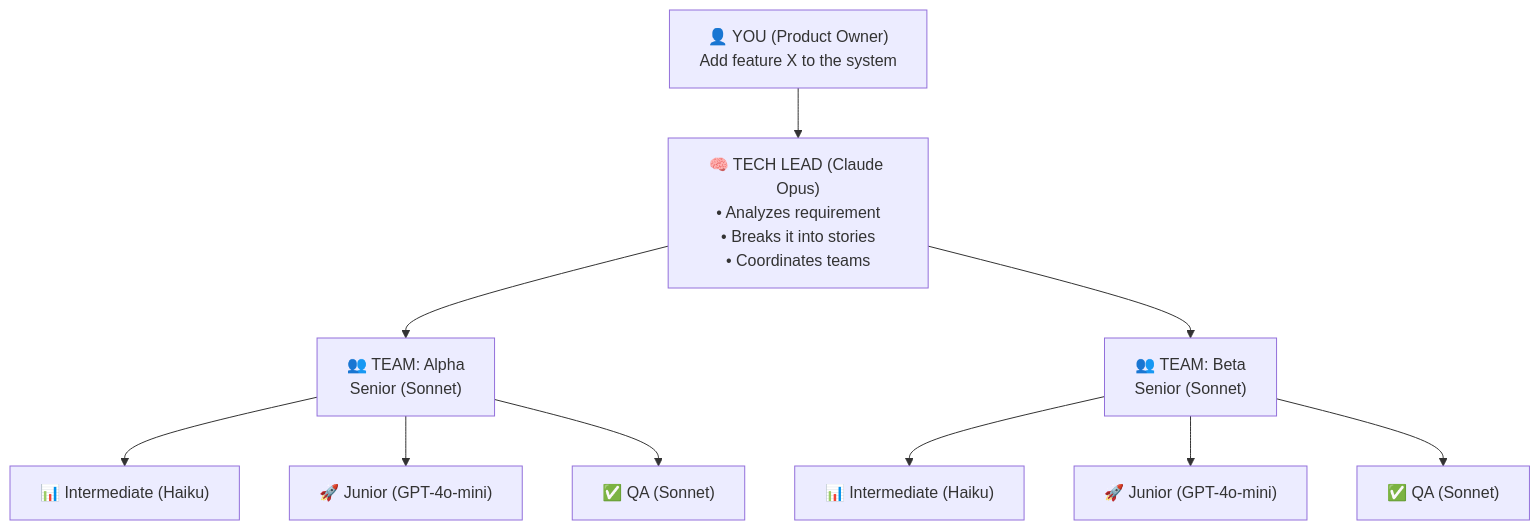
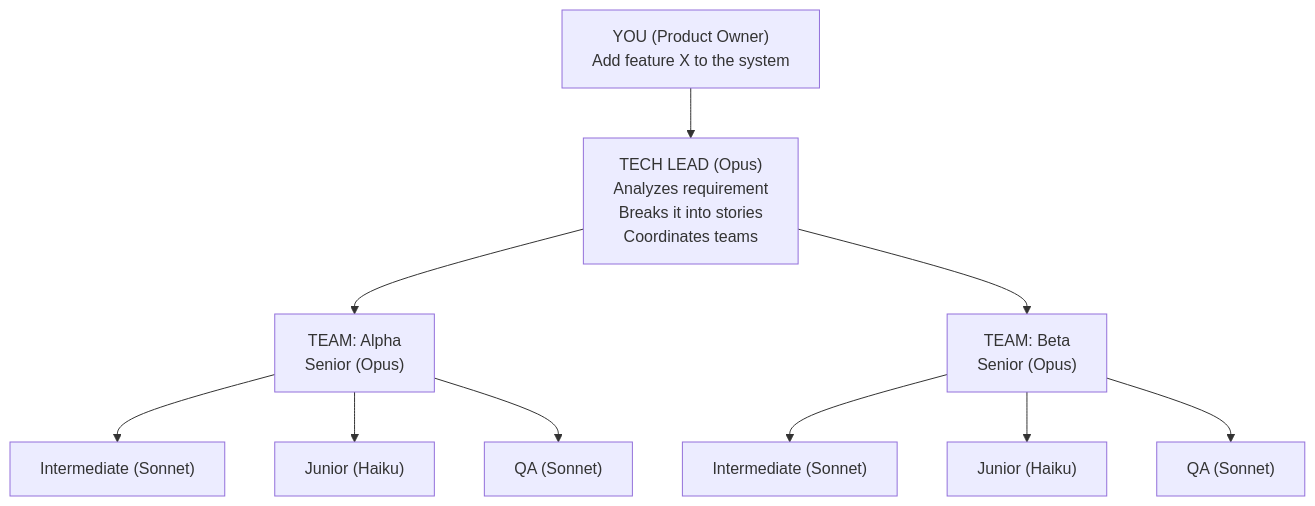
Before and after one commit to nikrich/hungry-ghost-hive: the first of 4 diagrams in README.md, drawn with Mermaid. The commit also changed other lines of this file, not shown here.

````diff
--- a/README.md
+++ b/README.md
@@ -99,12 +106,12 @@
 ```mermaid
 graph TD
-    A["👤 YOU (Product Owner)<br/>Add feature X to the system"] --> B["🧠 TECH LEAD (Claude Opus)<br/>• Analyzes requirement<br/>• Breaks it into stories<br/>• Coordinates teams"]
-    B --> C["👥 TEAM: Alpha<br/>Senior (Sonnet)"]
-    B --> D["👥 TEAM: Beta<br/>Senior (Sonnet)"]
-    C --> C1["📊 Intermediate (Haiku)"]
-    C --> C2["🚀 Junior (GPT-4o-mini)"]
-    C --> C3["✅ QA (Sonnet)"]
-    D --> D1["📊 Intermediate (Haiku)"]
-    D --> D2["🚀 Junior (GPT-4o-mini)"]
-    D --> D3["✅ QA (Sonnet)"]
+    A["YOU (Product Owner)<br/>Add feature X to the system"] --> B["TECH LEAD (Opus)<br/>Analyzes requirement<br/>Breaks it into stories<br/>Coordinates teams"]
+    B --> C["TEAM: Alpha<br/>Senior (Opus)"]
+    B --> D["TEAM: Beta<br/>Senior (Opus)"]
+    C --> C1["Intermediate (Sonnet)"]
+    C --> C2["Junior (Haiku)"]
+    C --> C3["QA (Sonnet)"]
+    D --> D1["Intermediate (Sonnet)"]
+    D --> D2["Junior (Haiku)"]
+    D --> D3["QA (Sonnet)"]
 ```
````
